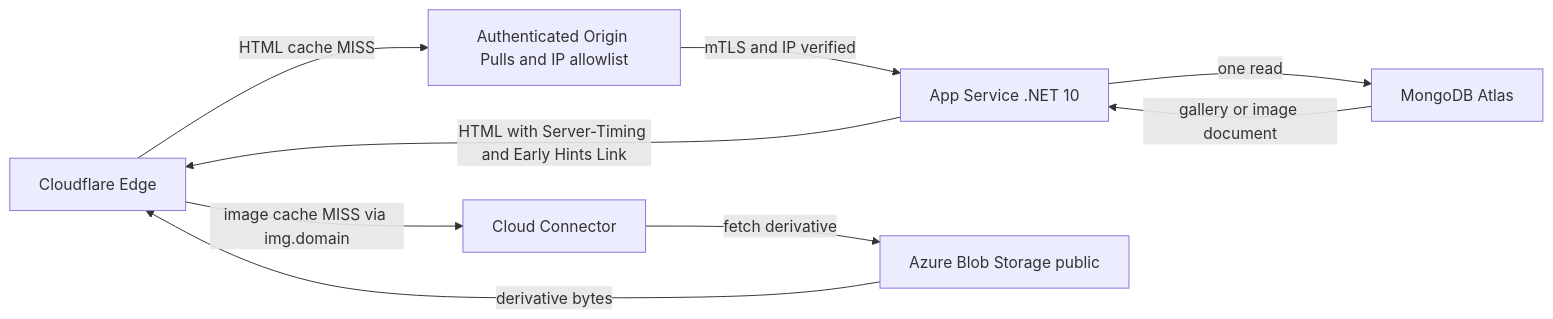
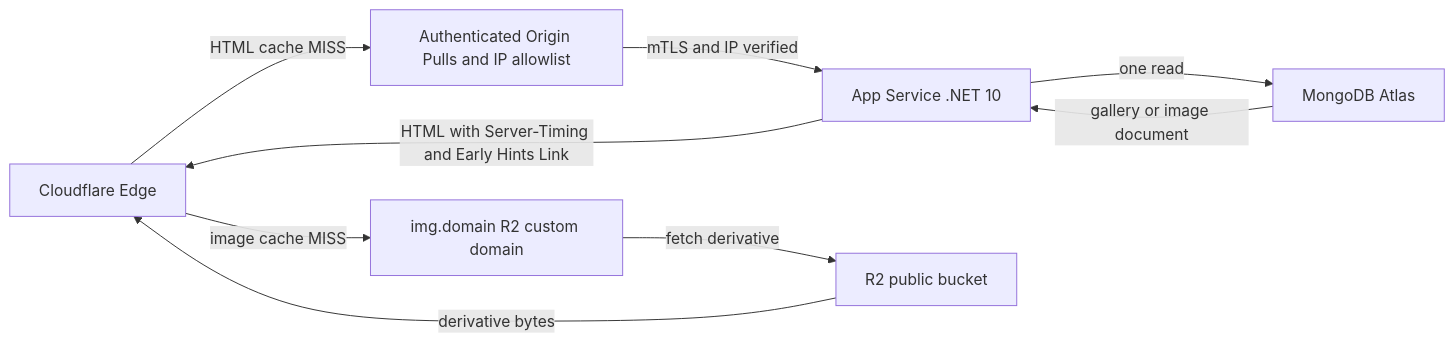
The second of 6 diagrams in docs/design.md (zzacal/port), drawn with Mermaid before and after one commit. The commit also changed other lines of this file and 21 other files, not shown here.

Commit message:
design: constitution 4.0.0, images on Cloudflare R2, local-first roadmap; hosting on hold

````diff
--- a/docs/design.md
+++ b/docs/design.md
@@ -285,18 +284,18 @@
 ```mermaid
 flowchart LR
   CFEdge["Cloudflare Edge"]
   AOPGuard["Authenticated Origin Pulls and IP allowlist"]
   AppSvc["App Service .NET 10"]
   Atlas["MongoDB Atlas"]
-  CC["Cloud Connector"]
-  BlobPublic["Azure Blob Storage public"]
+  ImgHost["img.domain R2 custom domain"]
+  R2Public["R2 public bucket"]
 
   CFEdge -->|"HTML cache MISS"| AOPGuard
   AOPGuard -->|"mTLS and IP verified"| AppSvc
   AppSvc -->|"one read"| Atlas
   Atlas -->|"gallery or image document"| AppSvc
   AppSvc -->|"HTML with Server-Timing and Early Hints Link"| CFEdge
-  CFEdge -->|"image cache MISS via img.domain"| CC
-  CC -->|"fetch derivative"| BlobPublic
-  BlobPublic -->|"derivative bytes"| CFEdge
+  CFEdge -->|"image cache MISS"| ImgHost
+  ImgHost -->|"fetch derivative"| R2Public
+  R2Public -->|"derivative bytes"| CFEdge
 ```
````
